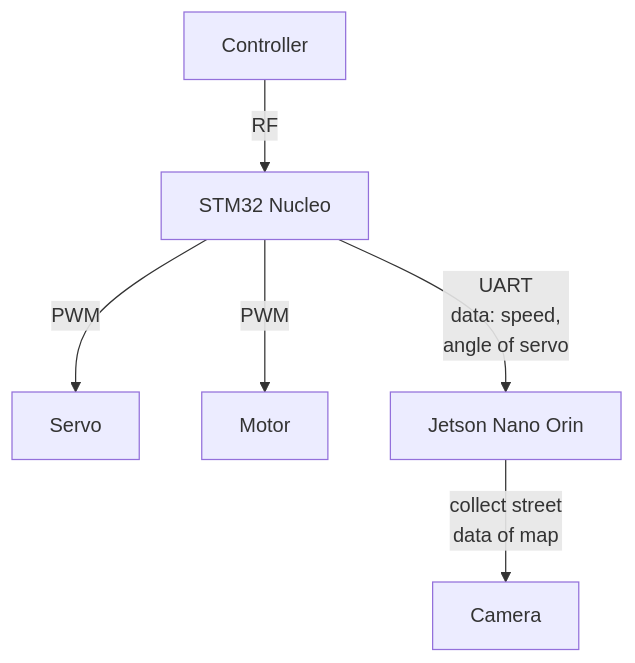
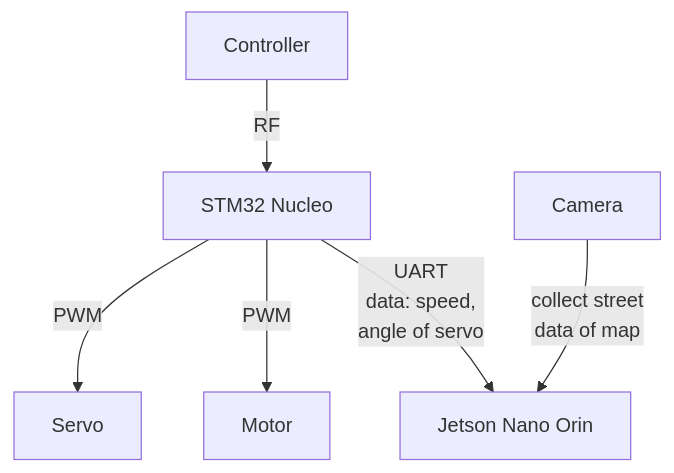
Before and after one commit to tuchau1404/BFMC2024_individual: the diagram in README.md, drawn with Mermaid. The commit also changed other lines of this file, not shown here.

````diff
--- a/README.md
+++ b/README.md
@@ -24,8 +24,8 @@
 ```mermaid
 graph TD
     Controller[Controller] -->|RF| STM32[STM32 Nucleo]
     STM32 -->|PWM| Servo[Servo]
     STM32 -->|PWM| Motor[Motor]
     STM32 -->|UART<br>data: speed,<br>angle of servo| Jetson[Jetson Nano Orin]
-    Jetson -->|collect street<br>data of map| Camera[Camera]
+    Camera[Camera] -->|collect street<br>data of map| Jetson
 ```
````
